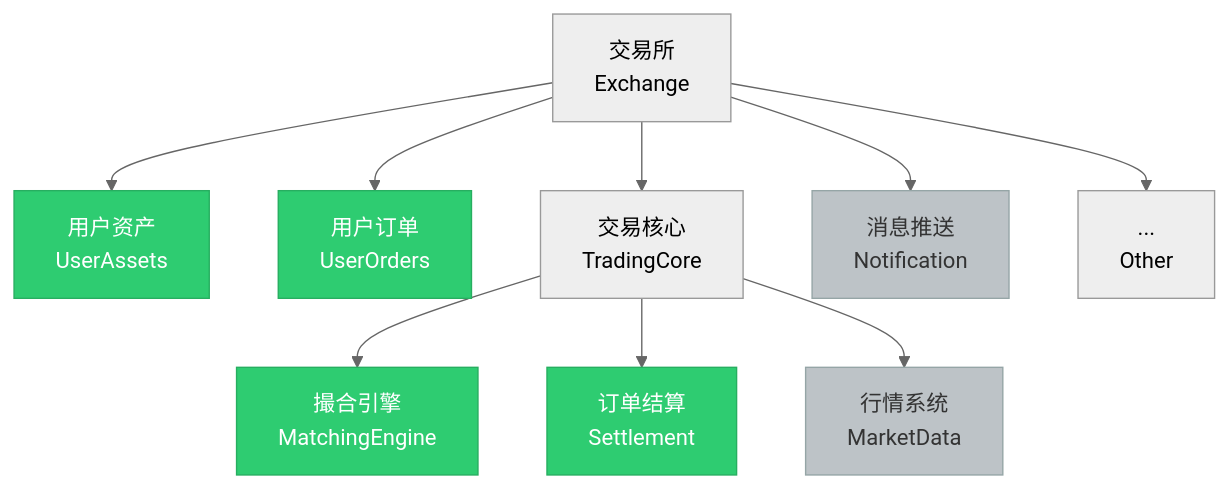
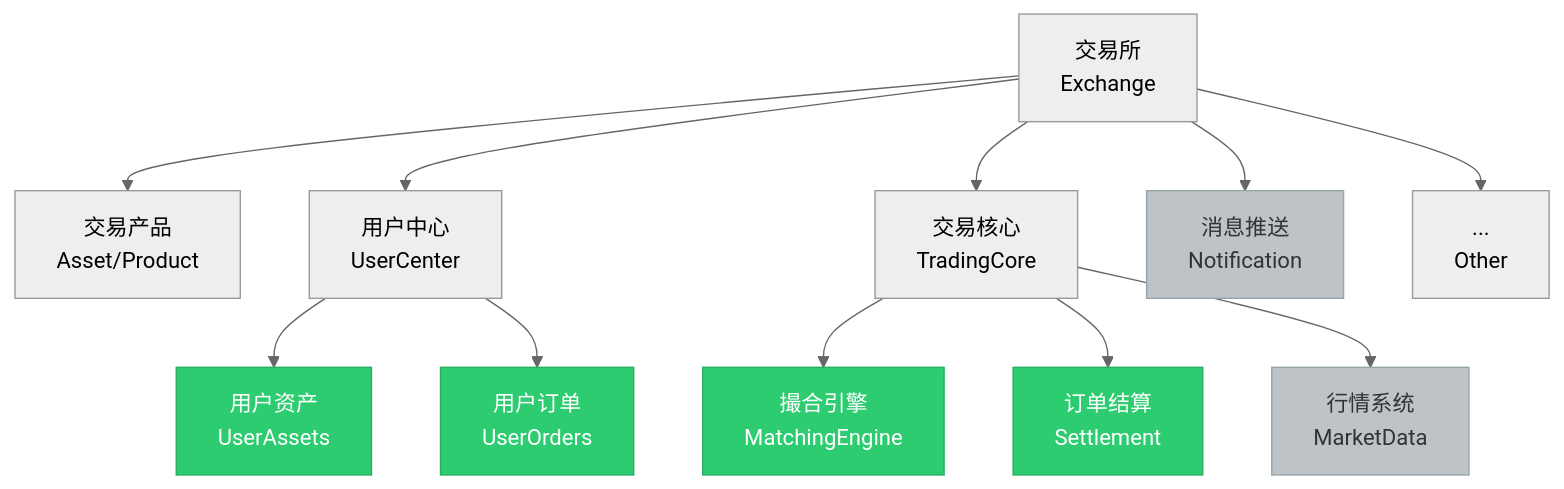
The diagram in readme.md (yzimhao/trading_engine), drawn with Mermaid (neutral theme) before and after one commit.

````diff
--- a/readme.md
+++ b/readme.md
@@ -17,23 +17,26 @@
 ```mermaid
 graph TD
     classDef done fill:#2ecc71,stroke:#27ae60,color:#fff  
     classDef pending fill:#bdc3c7,stroke:#95a5a6,color:#333
 
     A[交易所<br>Exchange]
-    A --> AA[用户资产<br>UserAssets]
-    class AA done
 
-    A --> AB[用户订单<br>UserOrders]
-    class AB done
+    A --> aa[交易产品<br>Asset/Product]
+
+    A --> AA[用户中心<br>UserCenter]
+    AA --> AAa[用户资产<br>UserAssets]
+    class AAa done
+    AA--> AAb[用户订单<br>UserOrders]
+    class AAb done
     A --> AC[交易核心<br>TradingCore]
     A --> AD[消息推送<br>Notification]
     class AD pending
     A --> AZ[...<br>Other]
 
     AC --> AC1[撮合引擎<br>MatchingEngine]
     class AC1 done
     AC --> AC2[订单结算<br>Settlement]
     class AC2 done
     AC --> AC3[行情系统<br>MarketData]
     class AC3 pending
 ```
````
